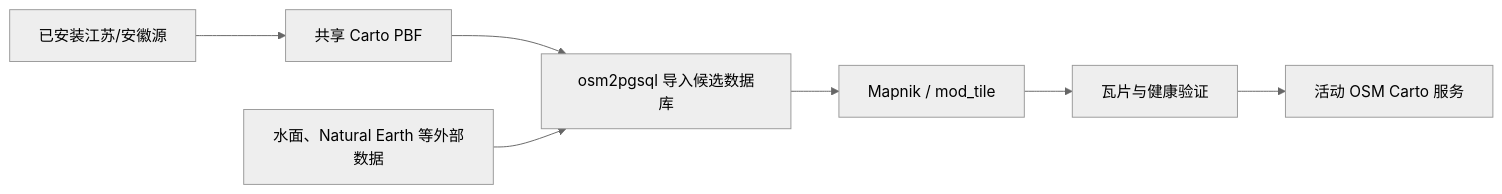
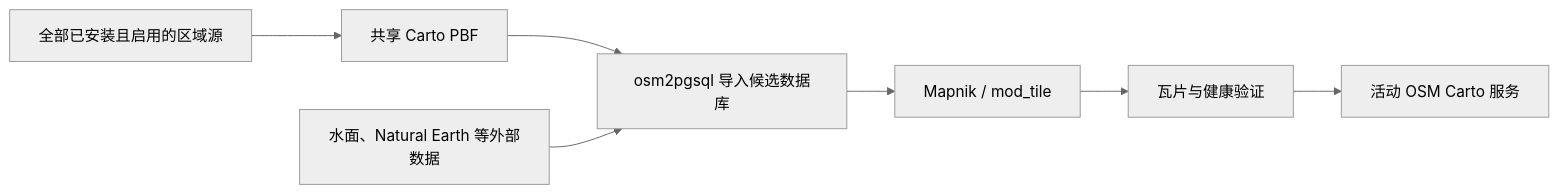
The second of 4 diagrams in docs/DATA_PIPELINE.zh-CN.md (bd4rex/personal-gis), drawn with Mermaid (neutral theme) before and after one commit. The commit also changed other lines of this file and 33 other files, not shown here.

````diff
--- a/docs/DATA_PIPELINE.zh-CN.md
+++ b/docs/DATA_PIPELINE.zh-CN.md
@@ -36,9 +36,9 @@
 ```mermaid
 flowchart LR
-  Installed["已安装江苏/安徽源"] --> Merge["共享 Carto PBF"]
+  Installed["全部已安装且启用的区域源"] --> Merge["共享 Carto PBF"]
   Merge --> Import["osm2pgsql 导入候选数据库"]
   External["水面、Natural Earth 等外部数据"] --> Import
   Import --> Render["Mapnik / mod_tile"]
   Render --> Health["瓦片与健康验证"]
   Health --> Active["活动 OSM Carto 服务"]
 ```
````
